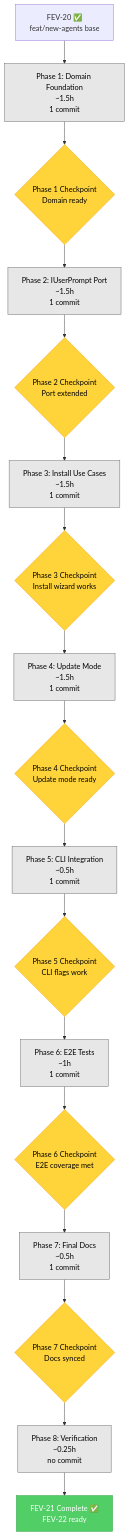
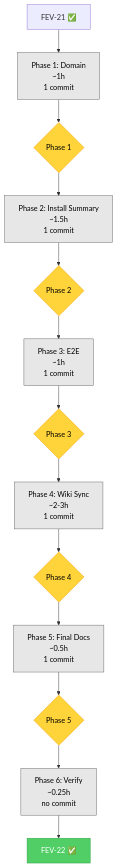
The second of 2 diagrams in tasks/plan.md (Fisherk2/codice-opencode), drawn with Mermaid before and after one commit. The commit also changed other lines of this file and 1 other file, not shown here.

````diff
--- a/tasks/plan.md
+++ b/tasks/plan.md
@@ -2339,24 +1276,20 @@
 ```mermaid
 graph TD
-    F20[FEV-20 ✅<br/>feat/new-agents base] --> P1
-    P1[Phase 1: Domain Foundation<br/>~1.5h<br/>1 commit]:::seq --> CP1
-    CP1{Phase 1 Checkpoint<br/>Domain ready}:::gate --> P2
-    P2[Phase 2: IUserPrompt Port<br/>~1.5h<br/>1 commit]:::seq --> CP2
-    CP2{Phase 2 Checkpoint<br/>Port extended}:::gate --> P3
-    P3[Phase 3: Install Use Cases<br/>~1.5h<br/>1 commit]:::seq --> CP3
-    CP3{Phase 3 Checkpoint<br/>Install wizard works}:::gate --> P4
-    P4[Phase 4: Update Mode<br/>~1.5h<br/>1 commit]:::seq --> CP4
-    CP4{Phase 4 Checkpoint<br/>Update mode ready}:::gate --> P5
-    P5[Phase 5: CLI Integration<br/>~0.5h<br/>1 commit]:::seq --> CP5
-    CP5{Phase 5 Checkpoint<br/>CLI flags work}:::gate --> P6
-    P6[Phase 6: E2E Tests<br/>~1h<br/>1 commit]:::seq --> CP6
-    CP6{Phase 6 Checkpoint<br/>E2E coverage met}:::gate --> P7
-    P7[Phase 7: Final Docs<br/>~0.5h<br/>1 commit]:::seq --> CP7
-    CP7{Phase 7 Checkpoint<br/>Docs synced}:::gate --> V
-    V[Phase 8: Verification<br/>~0.25h<br/>no commit]:::seq --> DONE
-    DONE[FEV-21 Complete ✅<br/>FEV-22 ready]:::done
+    F21[FEV-21 ✅] --> P1
+    P1[Phase 1: Domain<br/>~1h<br/>1 commit]:::seq --> CP1
+    CP1{Phase 1}:::gate --> P2
+    P2[Phase 2: Install Summary<br/>~1.5h<br/>1 commit]:::seq --> CP2
+    CP2{Phase 2}:::gate --> P3
+    P3[Phase 3: E2E<br/>~1h<br/>1 commit]:::seq --> CP3
+    CP3{Phase 3}:::gate --> P4
+    P4[Phase 4: Wiki Sync<br/>~2-3h<br/>1 commit]:::seq --> CP4
+    CP4{Phase 4}:::gate --> P5
+    P5[Phase 5: Final Docs<br/>~0.5h<br/>1 commit]:::seq --> CP5
+    CP5{Phase 5}:::gate --> V
+    V[Phase 6: Verify<br/>~0.25h<br/>no commit]:::seq --> DONE
+    DONE[FEV-22 ✅]:::done
 
     classDef done fill:#51cf66,stroke:#2f9e44,color:#fff
     classDef gate fill:#ffd43b,stroke:#f59f00,color:#000
     classDef seq fill:#e7e7e7,stroke:#666,color:#000
 ```
````
